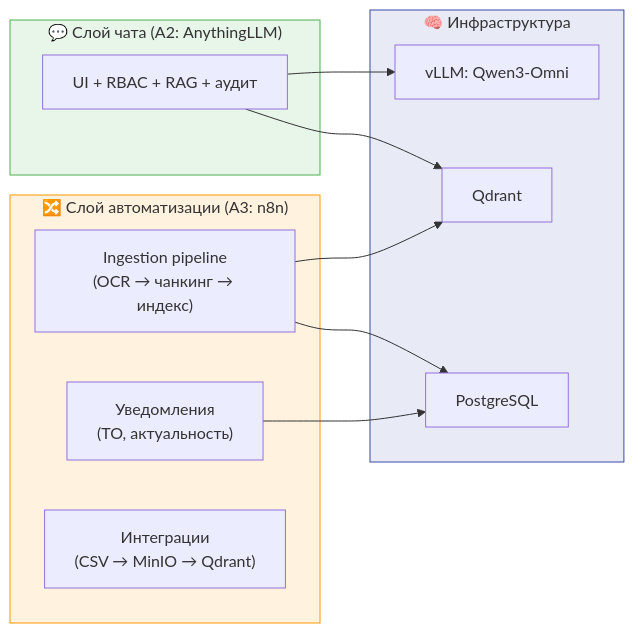
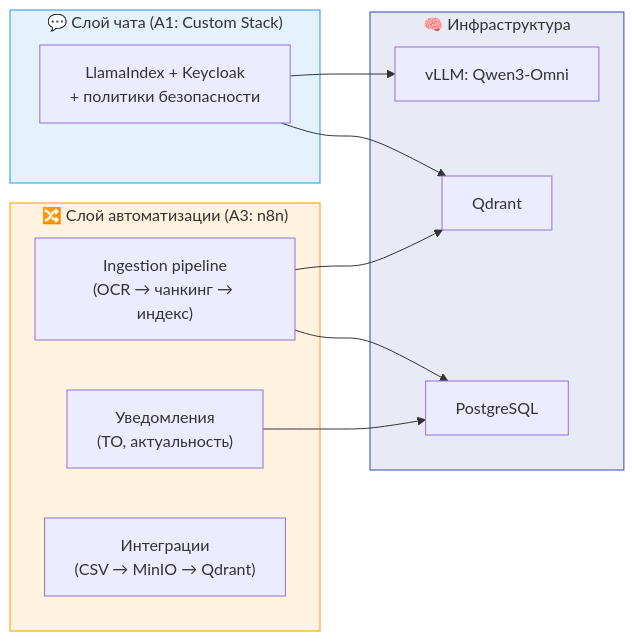
Before and after one commit to anatolyshipitsyn/gaz: the fifth of 10 diagrams in review.md, drawn with Mermaid. The commit also changed other lines of this file, not shown here.

````diff
--- a/review.md
+++ b/review.md
@@ -313,26 +319,26 @@
 ```mermaid
 graph LR
-    subgraph CHAT_LAYER["💬 Слой чата (А2: AnythingLLM)"]
-        CHAT2["UI + RBAC + RAG + аудит"]
+    subgraph CHAT_LAYER["💬 Слой чата (А1: Custom Stack)"]
+        CHAT2["LlamaIndex + Keycloak\n+ политики безопасности"]
     end
     subgraph AUTO_LAYER["🔀 Слой автоматизации (А3: n8n)"]
         INGEST2["Ingestion pipeline\n(OCR → чанкинг → индекс)"]
         NOTIF2["Уведомления\n(ТО, актуальность)"]
         INTEG2["Интеграции\n(CSV → MinIO → Qdrant)"]
     end
     subgraph INFRA["🧠 Инфраструктура"]
         VLLM_C["vLLM: Qwen3-Omni"]
         QDRANT_C["Qdrant"]
         PG_C["PostgreSQL"]
     end
 
     CHAT2 --> VLLM_C
     CHAT2 --> QDRANT_C
     INGEST2 --> QDRANT_C
     INGEST2 --> PG_C
     NOTIF2 --> PG_C
 
-    style CHAT_LAYER fill:#e8f5e9,stroke:#4caf50
+    style CHAT_LAYER fill:#e3f2fd,stroke:#2196f3
     style AUTO_LAYER fill:#fff3e0,stroke:#ff9800
     style INFRA fill:#e8eaf6,stroke:#3949ab
 ```
````
